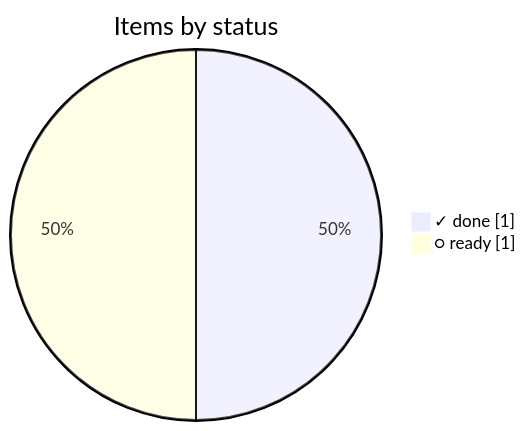
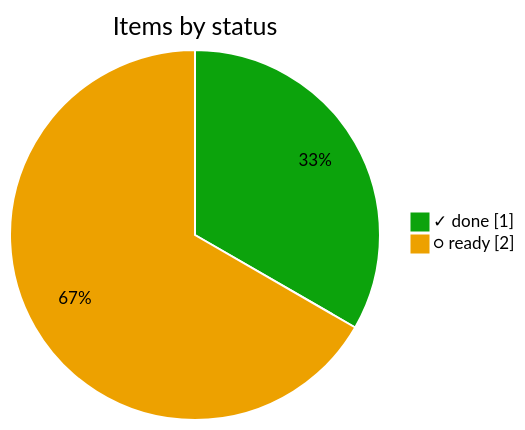
The diagram in docs/core.md (bvraghav/pmtrack), drawn with Mermaid before and after one commit. The commit also changed other lines of this file and 7 other files, not shown here.

````diff
--- a/docs/core.md
+++ b/docs/core.md
@@ -18,5 +18,6 @@
 ```mermaid
+%%{init: {"themeVariables": {"pie1": "#0ca30c", "pie2": "#eda100", "pieOpacity": "1", "pieSectionTextColor": "#000", "pieStrokeColor": "#fff", "pieStrokeWidth": "2px", "pieOuterStrokeWidth": "0px"}}}%%
 pie showData title Items by status
   "✓ done" : 1
-  "○ ready" : 1
+  "○ ready" : 2
 ```
````
